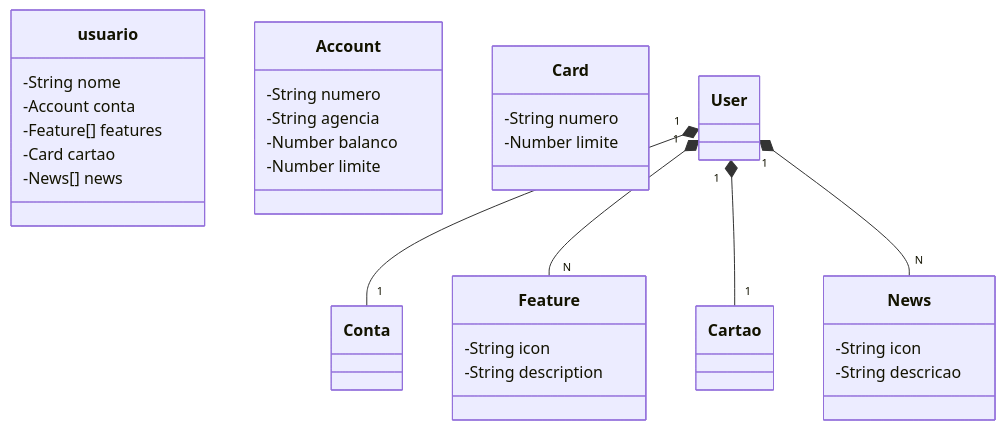
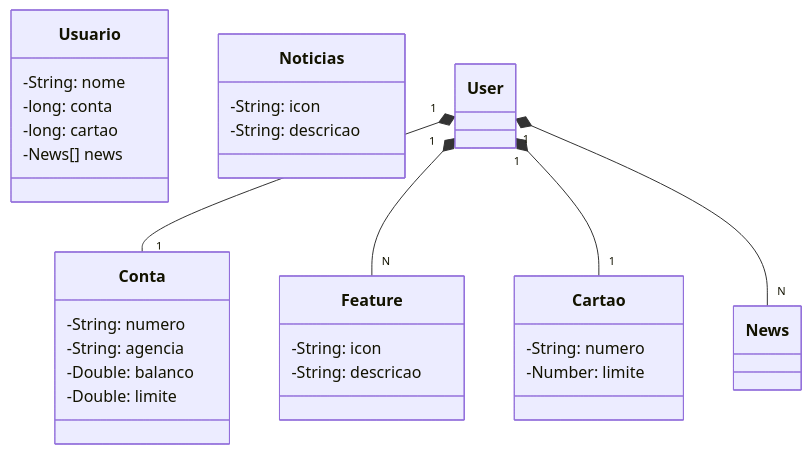
The diagram in README.md (devt1981/santander-dev-week-2023), drawn with Mermaid before and after one commit.

````diff
--- a/README.md
+++ b/README.md
@@ -6,37 +6,36 @@
 ```mermaid
 classDiagram
-  class usuario {
-    -String nome
-    -Account conta
-    -Feature[] features
-    -Card cartao
+  class Usuario {
+    -String: nome
+    -long: conta
+    -long: cartao
     -News[] news
   }
 
-  class Account {
-    -String numero
-    -String agencia
-    -Number balanco
-    -Number limite
+  class Conta {
+    -String: numero
+    -String: agencia
+    -Double: balanco
+    -Double: limite
   }
 
   class Feature {
-    -String icon
-    -String description
+    -String: icon
+    -String: descricao
   }
 
-  class Card {
-    -String numero
-    -Number limite
+  class Cartao {
+    -String: numero
+    -Number: limite
   }
 
-  class News {
-    -String icon
-    -String descricao
+  class Noticias {
+    -String: icon
+    -String: descricao
   }
 
   User "1" *-- "1" Conta
   User "1" *-- "N" Feature
   User "1" *-- "1" Cartao
   User "1" *-- "N" News
 ```
````
